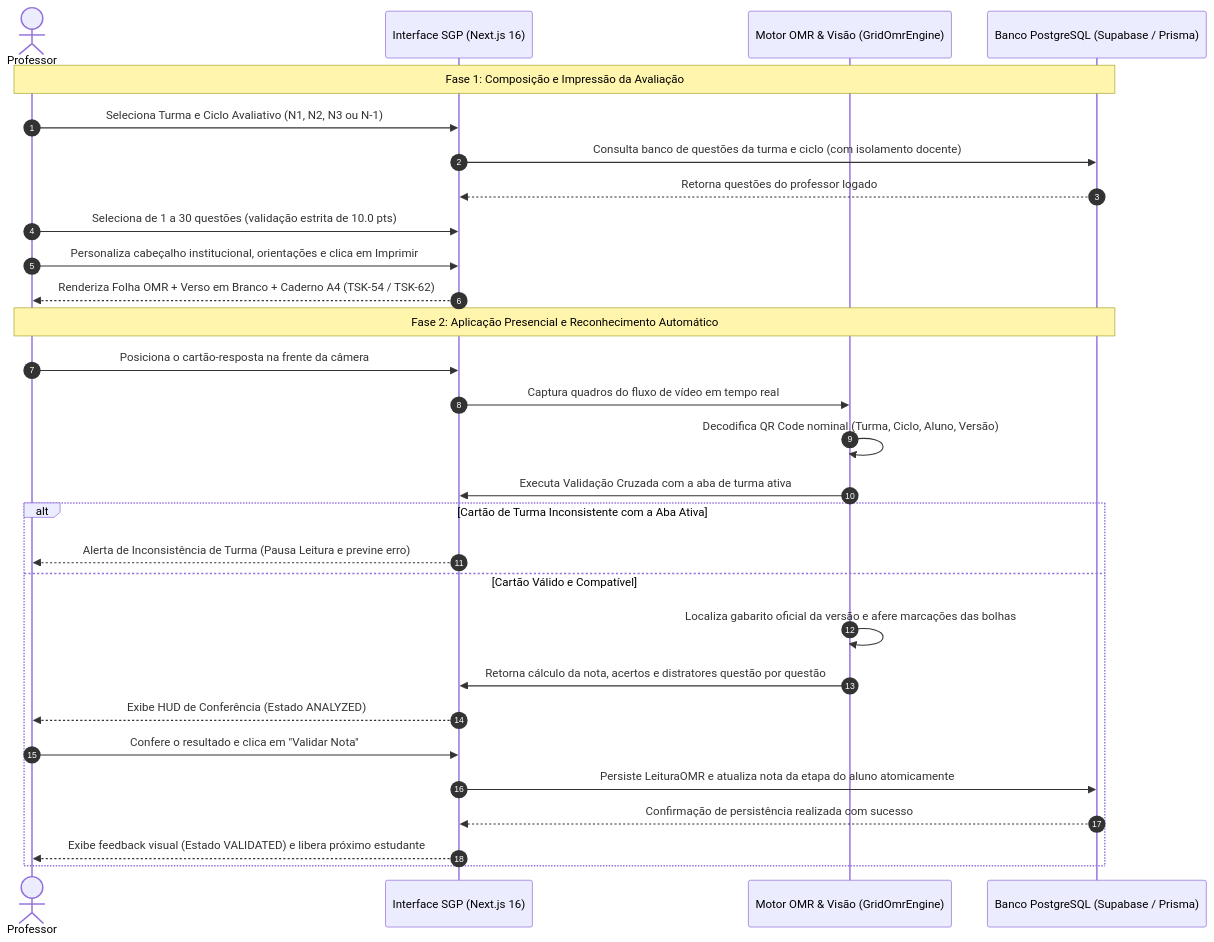
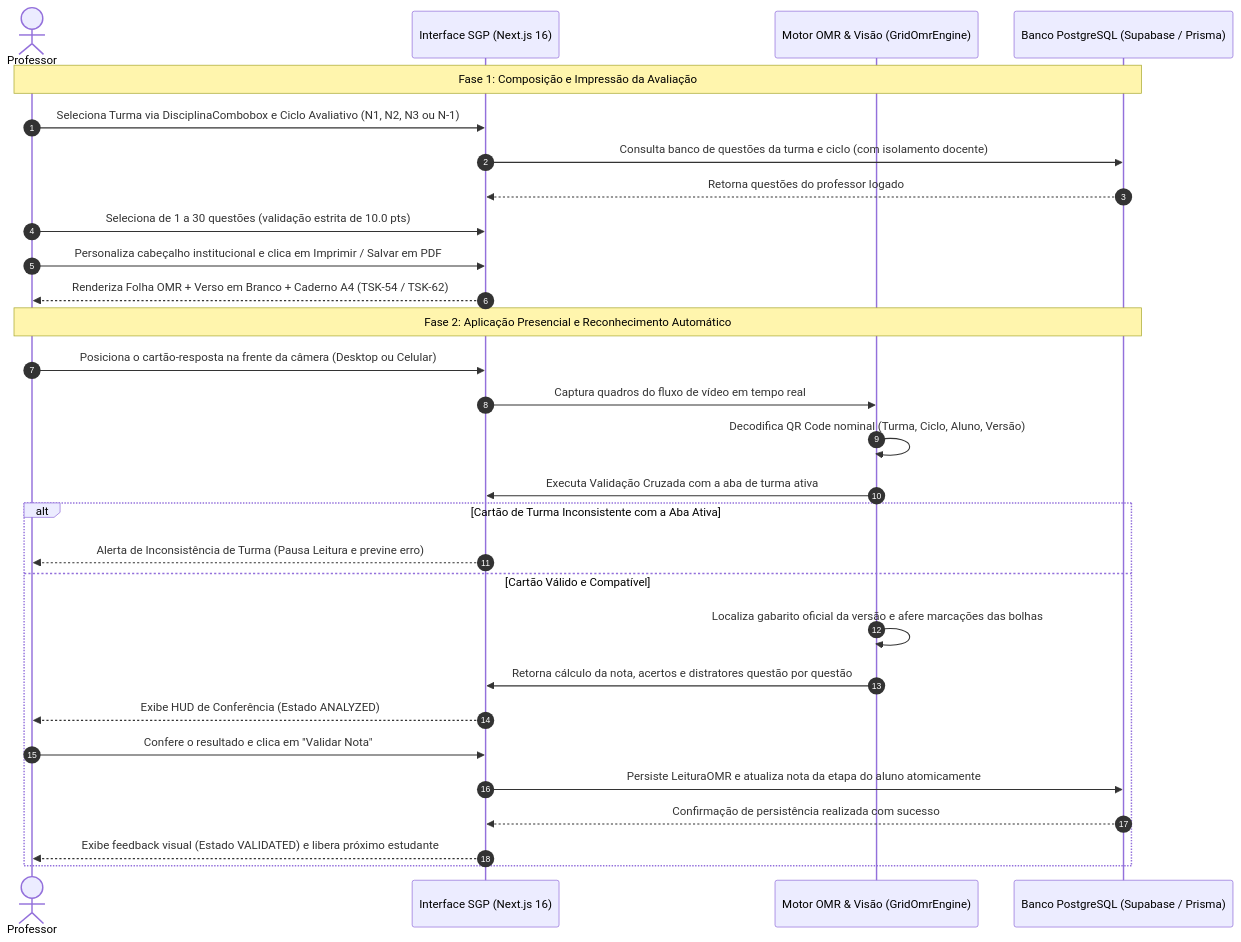
The second of 6 diagrams in README.md (Agenorsc/SGP-CATOLICA-NEXT), drawn with Mermaid before and after one commit. The commit also changed other lines of this file, not shown here.

Commit message:
docs(readme): atualizar documentacao tecnica institucional nota 10 com 303 testes e novas funcionalidades

````diff
--- a/README.md
+++ b/README.md
@@ -221,34 +249,34 @@
 ```mermaid
 sequenceDiagram
     autonumber
     actor P as Professor
     participant UI as Interface SGP (Next.js 16)
     participant OMR as Motor OMR & Visão (GridOmrEngine)
     participant DB as Banco PostgreSQL (Supabase / Prisma)
 
     Note over P,DB: Fase 1: Composição e Impressão da Avaliação
-    P->>UI: Seleciona Turma e Ciclo Avaliativo (N1, N2, N3 ou N-1)
+    P->>UI: Seleciona Turma via DisciplinaCombobox e Ciclo Avaliativo (N1, N2, N3 ou N-1)
     UI->>DB: Consulta banco de questões da turma e ciclo (com isolamento docente)
     DB-->>UI: Retorna questões do professor logado
     P->>UI: Seleciona de 1 a 30 questões (validação estrita de 10.0 pts)
-    P->>UI: Personaliza cabeçalho institucional, orientações e clica em Imprimir
+    P->>UI: Personaliza cabeçalho institucional e clica em Imprimir / Salvar em PDF
     UI-->>P: Renderiza Folha OMR + Verso em Branco + Caderno A4 (TSK-54 / TSK-62)
 
     Note over P,DB: Fase 2: Aplicação Presencial e Reconhecimento Automático
-    P->>UI: Posiciona o cartão-resposta na frente da câmera
+    P->>UI: Posiciona o cartão-resposta na frente da câmera (Desktop ou Celular)
     UI->>OMR: Captura quadros do fluxo de vídeo em tempo real
     OMR->>OMR: Decodifica QR Code nominal (Turma, Ciclo, Aluno, Versão)
     OMR->>UI: Executa Validação Cruzada com a aba de turma ativa
     
     alt Cartão de Turma Inconsistente com a Aba Ativa
         UI-->>P: Alerta de Inconsistência de Turma (Pausa Leitura e previne erro)
     else Cartão Válido e Compatível
         OMR->>OMR: Localiza gabarito oficial da versão e afere marcações das bolhas
         OMR->>UI: Retorna cálculo da nota, acertos e distratores questão por questão
         UI-->>P: Exibe HUD de Conferência (Estado ANALYZED)
         P->>UI: Confere o resultado e clica em "Validar Nota"
         UI->>DB: Persiste LeituraOMR e atualiza nota da etapa do aluno atomicamente
         DB-->>UI: Confirmação de persistência realizada com sucesso
         UI-->>P: Exibe feedback visual (Estado VALIDATED) e libera próximo estudante
     end
 ```
````
